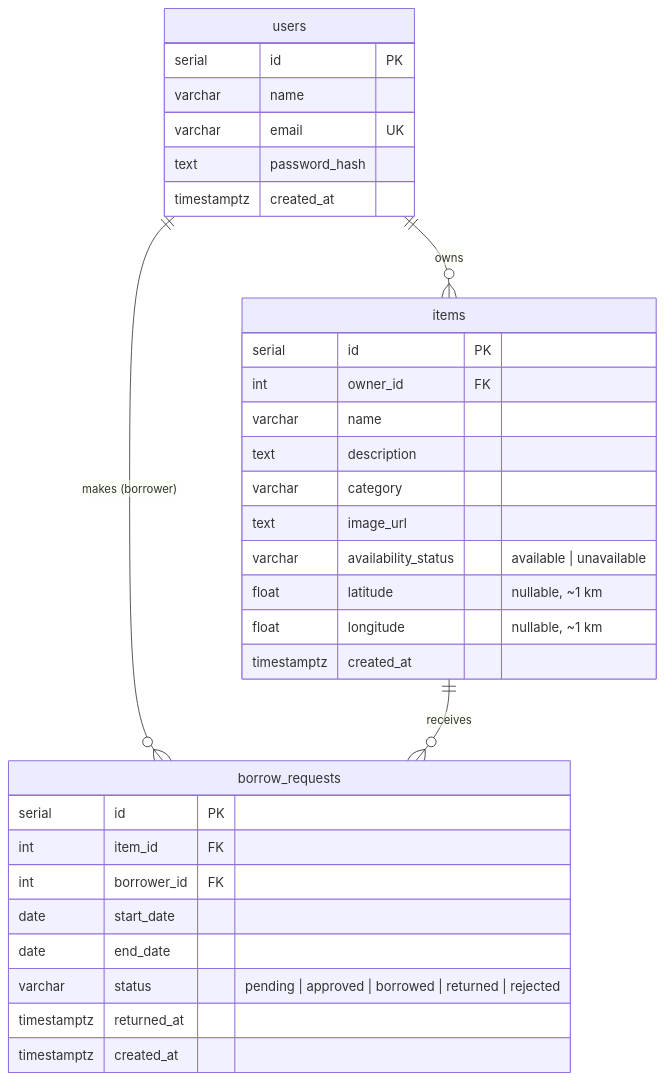
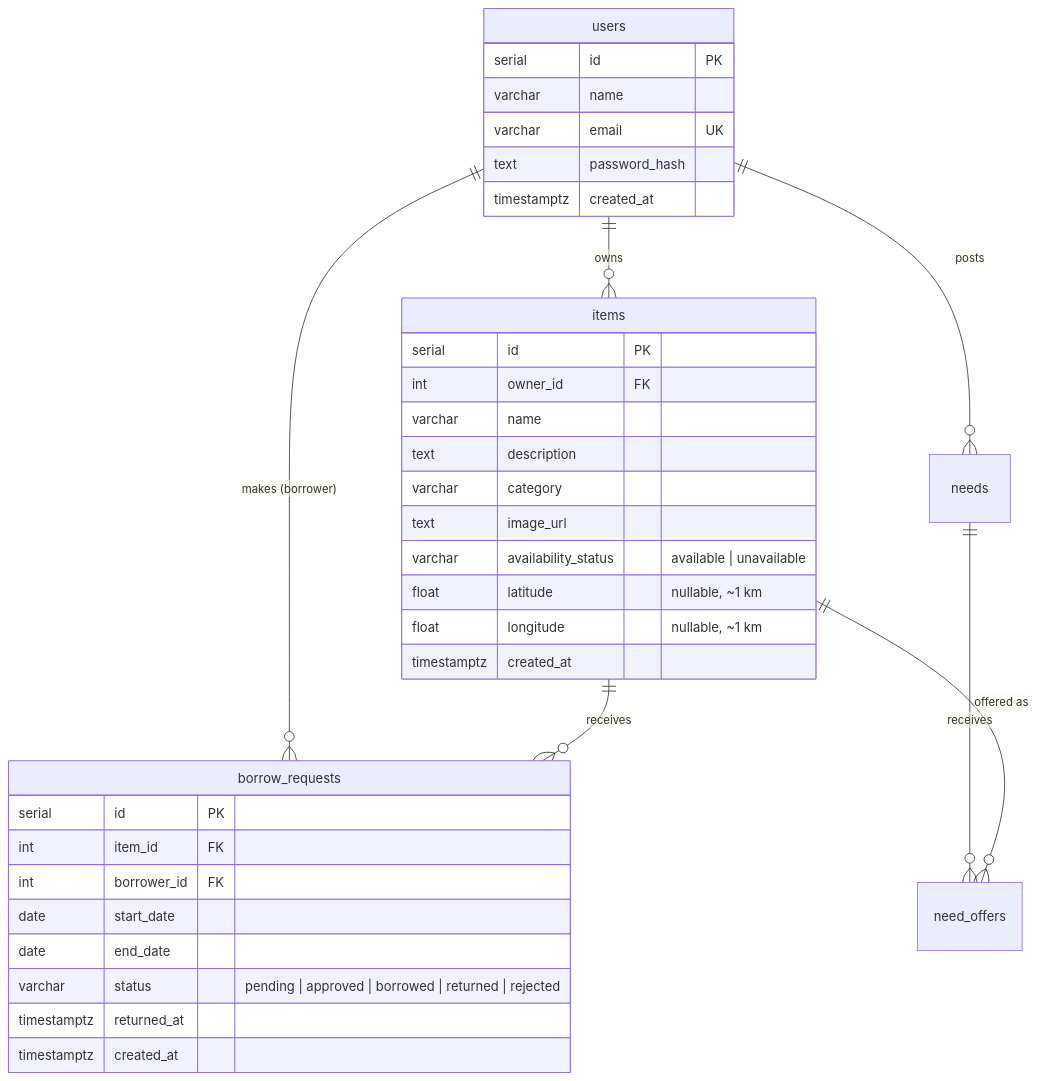
Before and after one commit to Vinothini-12/Borrow-buddy: the second of 2 diagrams in docs/ARCHITECTURE.md, drawn with Mermaid. The commit also changed other lines of this file and 14 other files, not shown here.

First line of the commit message:
feat: "Need it" board for requesting items nobody has listed

````diff
--- a/docs/ARCHITECTURE.md
+++ b/docs/ARCHITECTURE.md
@@ -96,36 +96,39 @@
 ```mermaid
 erDiagram
     users ||--o{ items : "owns"
     users ||--o{ borrow_requests : "makes (borrower)"
     items ||--o{ borrow_requests : "receives"
+    users ||--o{ needs : "posts"
+    needs ||--o{ need_offers : "receives"
+    items ||--o{ need_offers : "offered as"
 
     users {
         serial id PK
         varchar name
         varchar email UK
         text password_hash
         timestamptz created_at
     }
     items {
         serial id PK
         int owner_id FK
         varchar name
         text description
         varchar category
         text image_url
         varchar availability_status "available | unavailable"
         float latitude "nullable, ~1 km"
         float longitude "nullable, ~1 km"
         timestamptz created_at
     }
     borrow_requests {
         serial id PK
         int item_id FK
         int borrower_id FK
         date start_date
         date end_date
         varchar status "pending | approved | borrowed | returned | rejected"
         timestamptz returned_at
         timestamptz created_at
     }
 ```
````
